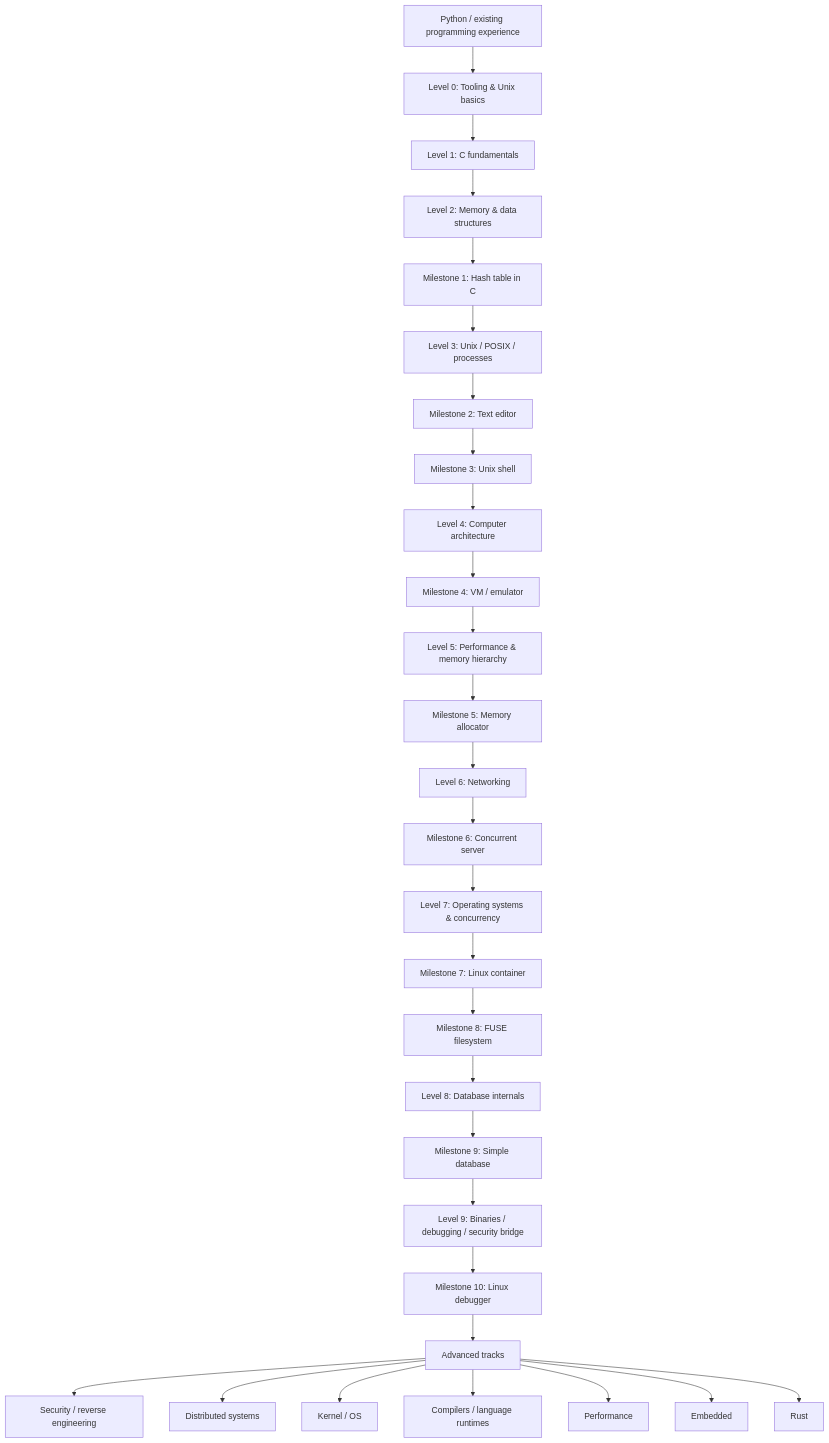
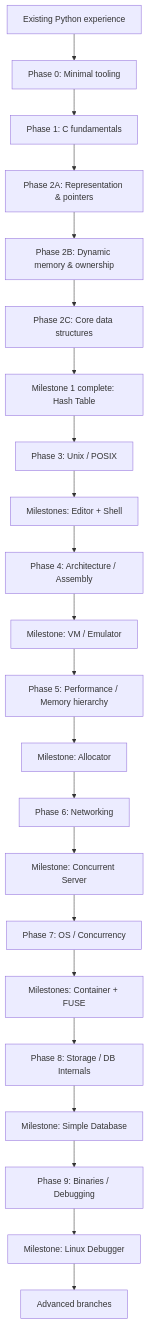
One commit to Ramzes8981/project-based-learning changed the third of 6 diagrams in SYSTEMS_ENGINEERING_ROADMAP.md. Above: the diagram before and after it, drawn with Mermaid. The commit also changed other lines of this file, not shown here.

Commit message:
refactor roadmap around incremental projects and CS core

````diff
--- a/SYSTEMS_ENGINEERING_ROADMAP.md
+++ b/SYSTEMS_ENGINEERING_ROADMAP.md
@@ -40,31 +206,24 @@
 ```mermaid
 flowchart TD
-    P[Python / existing programming experience] --> T[Level 0: Tooling & Unix basics]
-    T --> C1[Level 1: C fundamentals]
-    C1 --> M[Level 2: Memory & data structures]
-    M --> H[Milestone 1: Hash table in C]
-    H --> U[Level 3: Unix / POSIX / processes]
-    U --> TE[Milestone 2: Text editor]
-    TE --> SH[Milestone 3: Unix shell]
-    SH --> CA[Level 4: Computer architecture]
-    CA --> VM[Milestone 4: VM / emulator]
-    VM --> PERF[Level 5: Performance & memory hierarchy]
-    PERF --> ALLOC[Milestone 5: Memory allocator]
-    ALLOC --> NET[Level 6: Networking]
-    NET --> CSRV[Milestone 6: Concurrent server]
-    CSRV --> OS[Level 7: Operating systems & concurrency]
-    OS --> CONT[Milestone 7: Linux container]
-    CONT --> FUSE[Milestone 8: FUSE filesystem]
-    FUSE --> DB[Level 8: Database internals]
-    DB --> SDB[Milestone 9: Simple database]
-    SDB --> BIN[Level 9: Binaries / debugging / security bridge]
-    BIN --> DBG[Milestone 10: Linux debugger]
-    DBG --> ADV[Advanced tracks]
-    ADV --> SEC[Security / reverse engineering]
-    ADV --> DIST[Distributed systems]
-    ADV --> KERN[Kernel / OS]
-    ADV --> LANG[Compilers / language runtimes]
-    ADV --> PRF[Performance]
-    ADV --> EMB[Embedded]
-    ADV --> RUST[Rust]
+    P[Existing Python experience] --> L0[Phase 0: Minimal tooling]
+    L0 --> L1[Phase 1: C fundamentals]
+    L1 --> L2A[Phase 2A: Representation & pointers]
+    L2A --> L2B[Phase 2B: Dynamic memory & ownership]
+    L2B --> L2C[Phase 2C: Core data structures]
+    L2C --> HM[Milestone 1 complete: Hash Table]
+    HM --> L3[Phase 3: Unix / POSIX]
+    L3 --> SH[Milestones: Editor + Shell]
+    SH --> L4[Phase 4: Architecture / Assembly]
+    L4 --> VM[Milestone: VM / Emulator]
+    VM --> L5[Phase 5: Performance / Memory hierarchy]
+    L5 --> MA[Milestone: Allocator]
+    MA --> L6[Phase 6: Networking]
+    L6 --> SRV[Milestone: Concurrent Server]
+    SRV --> L7[Phase 7: OS / Concurrency]
+    L7 --> ISO[Milestones: Container + FUSE]
+    ISO --> L8[Phase 8: Storage / DB Internals]
+    L8 --> DB[Milestone: Simple Database]
+    DB --> L9[Phase 9: Binaries / Debugging]
+    L9 --> DBG[Milestone: Linux Debugger]
+    DBG --> ADV[Advanced branches]
 ```
````
